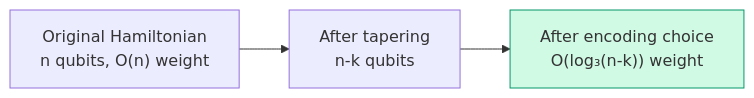
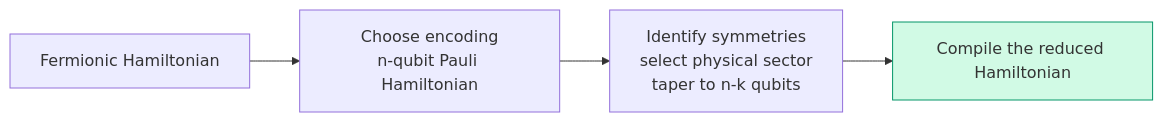
Before and after one commit to johnazariah/encodings-book: the first of 2 diagrams in manuscript/13-tapering-benchmarks.md, drawn with Mermaid. The commit also changed other lines of this file and 81 other files, not shown here.

````diff
--- a/manuscript/13-tapering-benchmarks.md
+++ b/manuscript/13-tapering-benchmarks.md
@@ -106,7 +108,8 @@
 ```mermaid
 flowchart LR
-    H["Original Hamiltonian<br/>n qubits, O(n) weight"]
-    H --> T["After tapering<br/>n-k qubits"]
-    T --> E["After encoding choice<br/>O(log₃(n-k)) weight"]
-    style E fill:#d1fae5,stroke:#059669
+    F["Fermionic Hamiltonian"]
+    F --> E["Choose encoding<br/>n-qubit Pauli Hamiltonian"]
+    E --> T["Identify symmetries<br/>select physical sector<br/>taper to n-k qubits"]
+    T --> C["Compile the reduced Hamiltonian"]
+    style C fill:#d1fae5,stroke:#059669
 ```
````
